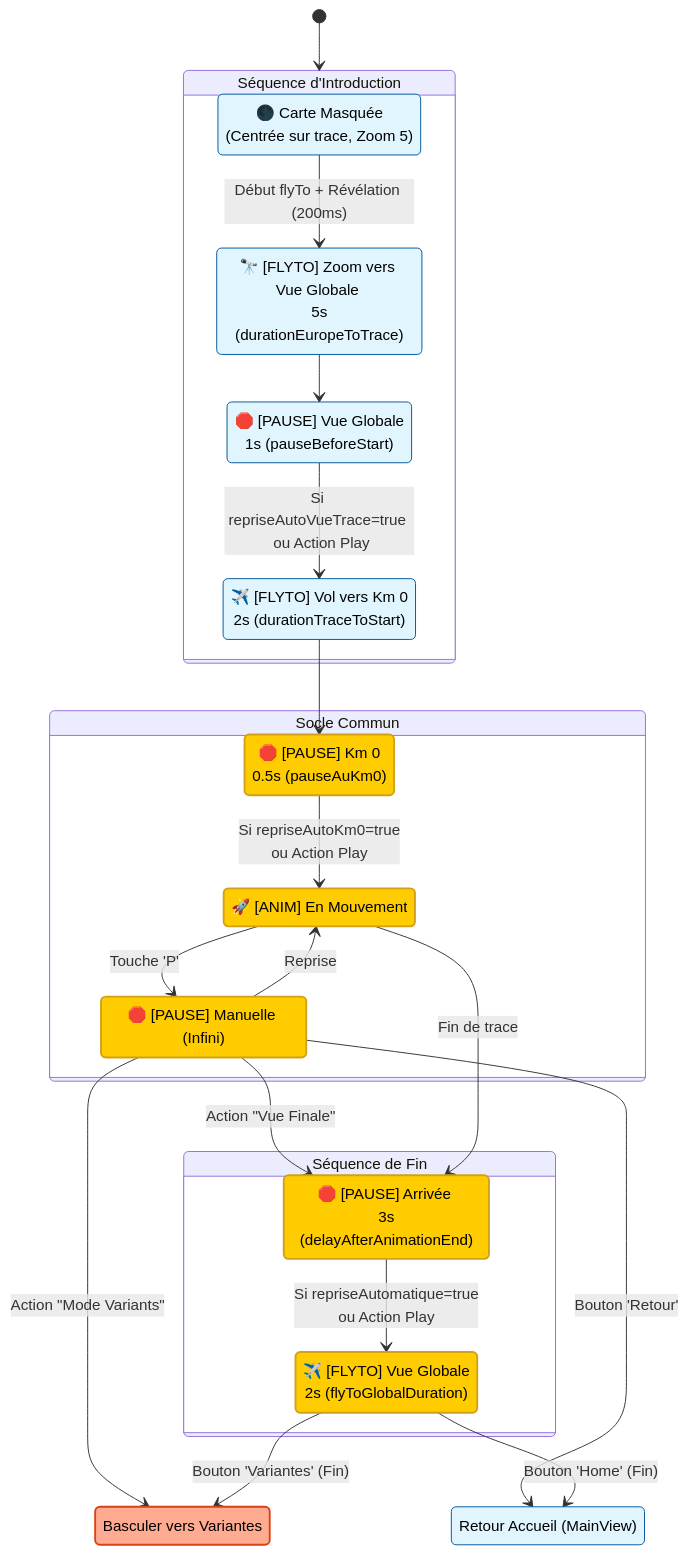
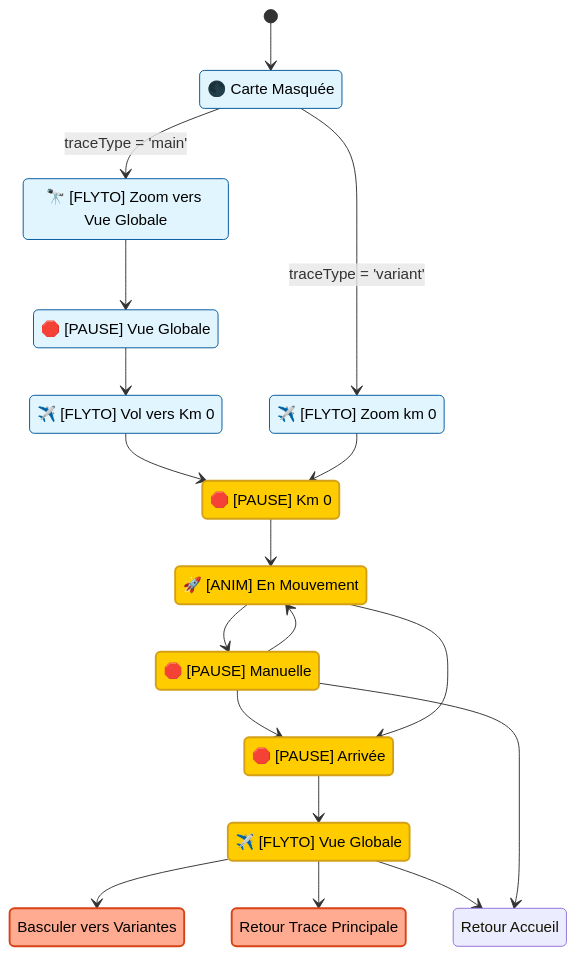
Before and after one commit to JMBaubet/VisuGPS: the diagram in documentation/animation_automate.md, drawn with Mermaid. The commit also changed other lines of this file and 9 other files, not shown here.

````diff
--- a/documentation/animation_automate.md
+++ b/documentation/animation_automate.md
@@ -10,52 +11,51 @@
 ```mermaid
 stateDiagram-v2
     classDef common fill:#ffcc00,stroke:#d4a017,stroke-width:2px,color:black;
-    classDef standard fill:#e1f5fe,stroke:#01579b,color:black;
+    classDef entry fill:#e1f5fe,stroke:#01579b,color:black;
     classDef bridge fill:#ffab91,stroke:#d84315,stroke-width:2px,color:black;
 
-    state "Séquence d'Introduction" as IntroSTD {
-        Init_STD: 🌑 Carte Masquée <br/> (Centrée sur trace, Zoom 5)
-        Vol_Zoom: 🔭 [FLYTO] Zoom vers Vue Globale <br/> 5s (durationEuropeToTrace)
-        Pause_Globale: 🛑 [PAUSE] Vue Globale <br/> 1s (pauseBeforeStart)
-        Vol_Km0_STD: ✈️ [FLYTO] Vol vers Km 0 <br/> 2s (durationTraceToStart)
-        
-        Init_STD --> Vol_Zoom: Début flyTo + Révélation (200ms)
-        Vol_Zoom --> Pause_Globale
-        Pause_Globale --> Vol_Km0_STD: Si repriseAutoVueTrace=true <br/> ou Action Play
-    }
+    [*] --> Init
+    
+    Init: 🌑 Carte Masquée
+    Vol_Zoom: 🔭 [FLYTO] Zoom vers Vue Globale
+    Pause_Globale: 🛑 [PAUSE] Vue Globale
+    Vol_Km0_STD: ✈️ [FLYTO] Vol vers Km 0
+    Vol_Direct: ✈️ [FLYTO] Zoom km 0
+    
+    Km0: 🛑 [PAUSE] Km 0
+    Anim: 🚀 [ANIM] En Mouvement
+    Pause: 🛑 [PAUSE] Manuelle
+    
+    Arrivee: 🛑 [PAUSE] Arrivée
+    Vol_Final: ✈️ [FLYTO] Vue Globale
 
-    state "Socle Commun" as CommonSTD {
-        Km0: 🛑 [PAUSE] Km 0 <br/> 0.5s (pauseAuKm0)
-        Anim: 🚀 [ANIM] En Mouvement
-        Pause: 🛑 [PAUSE] Manuelle (Infini)
-        
-        Km0 --> Anim: Si repriseAutoKm0=true <br/> ou Action Play
-        Anim --> Pause: Touche 'P'
-        Pause --> Anim: Reprise
-        Pause --> Arrivee: Action "Vue Finale"
-    }
+    Init --> Vol_Zoom: traceType = 'main'
+    Init --> Vol_Direct: traceType = 'variant'
+    
+    Vol_Zoom --> Pause_Globale
+    Pause_Globale --> Vol_Km0_STD
+    Vol_Km0_STD --> Km0
+    Vol_Direct --> Km0
+    
+    Km0 --> Anim
+    Anim --> Pause
+    Pause --> Anim
+    Pause --> Arrivee
+    Anim --> Arrivee
+    
+    Arrivee --> Vol_Final
 
-    state "Séquence de Fin" as EndSTD {
-        Arrivee: 🛑 [PAUSE] Arrivée <br/> 3s (delayAfterAnimationEnd)
-        Vol_Final: ✈️ [FLYTO] Vue Globale <br/> 2s (flyToGlobalDuration)
-        
-        Arrivee --> Vol_Final: Si repriseAutomatique=true <br/> ou Action Play
-    }
+    %% Boutons et Navigation Finale
+    GoHome: Retour Accueil
+    ToVariant: Basculer vers Variantes
+    ToMain: Retour Trace Principale
 
-    GoHome: Retour Accueil (MainView)
-    ToVariant: Basculer vers Variantes
-
-    [*] --> IntroSTD
-    Vol_Km0_STD --> Km0
-    Anim --> Arrivee: Fin de trace
-    
-    %% Direct Transitions & Passerelles
-    Pause --> ToVariant: Action "Mode Variants"
-    Pause --> GoHome: Bouton 'Retour'
-    Vol_Final --> ToVariant: Bouton 'Variantes' (Fin)
-    Vol_Final --> GoHome: Bouton 'Home' (Fin)
+    Vol_Final --> ToVariant
+    Vol_Final --> ToMain
+    Vol_Final --> GoHome
+    Pause --> GoHome
 
     class Km0,Anim,Pause,Arrivee,Vol_Final common
-    class Init_STD,Vol_Zoom,Pause_Globale,Vol_Km0_STD,GoHome standard
-    class ToVariant bridge
+    class Init,Vol_Zoom,Pause_Globale,Vol_Km0_STD,Vol_Direct entry
+    class ToVariant,ToMain bridge
 ```
````
